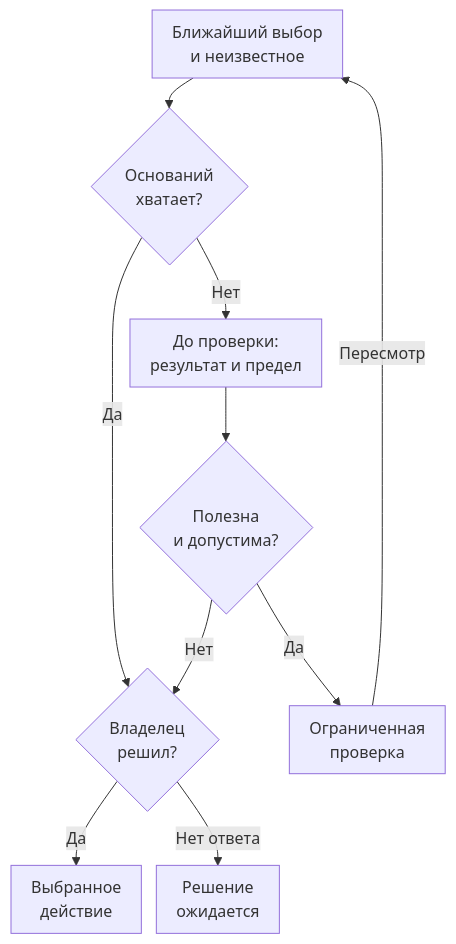
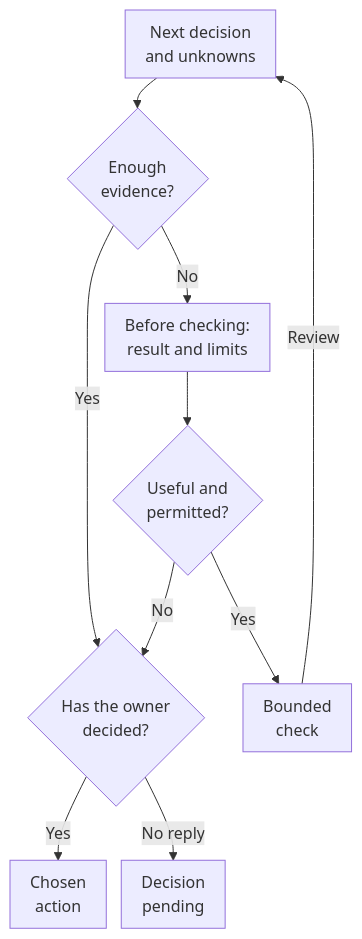
The diagram in core.md (furytale/discovery-playbook), drawn with Mermaid before and after one commit. The commit also changed other lines of this file and 5 other files, not shown here.

````diff
--- a/core.md
+++ b/core.md
@@ -20,21 +20,21 @@
 ```mermaid
 ---
 config:
   flowchart:
     nodeSpacing: 15
     rankSpacing: 30
     padding: 10
 ---
 flowchart TD
-    accTitle: Нужна ли следующая проверка
-    accDescr: При достаточных применимых основаниях вопрос сразу переходит владельцу решения. Иначе сначала задаются достаточный результат и предел затрат. Проверка возможна только если полезна и допустима в этом пределе; её результат возвращает к оценке выбора. Отсутствие полезной проверки допускает сужение, изменение, ожидание или отказ. Ожидающееся решение не разрешает зависимую работу.
-    Q["Ближайший выбор<br/>и неизвестное"] --> E{"Оснований<br/>хватает?"}
-    E -->|Да| O{"Владелец<br/>решил?"}
-    E -->|Нет| B["До проверки:<br/>результат и предел"]
-    B --> T{"Полезна<br/>и допустима?"}
-    T -->|Да| R["Ограниченная<br/>проверка"]
-    T -->|Нет| O
-    R -->|Пересмотр| Q
-    O -->|Да| A["Выбранное<br/>действие"]
-    O -->|Нет ответа| W["Решение<br/>ожидается"]
+    accTitle: Is another check needed?
+    accDescr: When applicable evidence is sufficient, the question goes straight to the decision owner. Otherwise, define a sufficient result and cost limits before checking. A check is possible only if it is useful and permitted within those limits; its result returns to a review of the decision. Without a useful check, narrowing, changing, waiting, or stopping remain options. A pending decision does not authorize dependent work.
+    Q["Next decision<br/>and unknowns"] --> E{"Enough<br/>evidence?"}
+    E -->|Yes| O{"Has the owner<br/>decided?"}
+    E -->|No| B["Before checking:<br/>result and limits"]
+    B --> T{"Useful and<br/>permitted?"}
+    T -->|Yes| R["Bounded<br/>check"]
+    T -->|No| O
+    R -->|Review| Q
+    O -->|Yes| A["Chosen<br/>action"]
+    O -->|No reply| W["Decision<br/>pending"]
 ```
````
